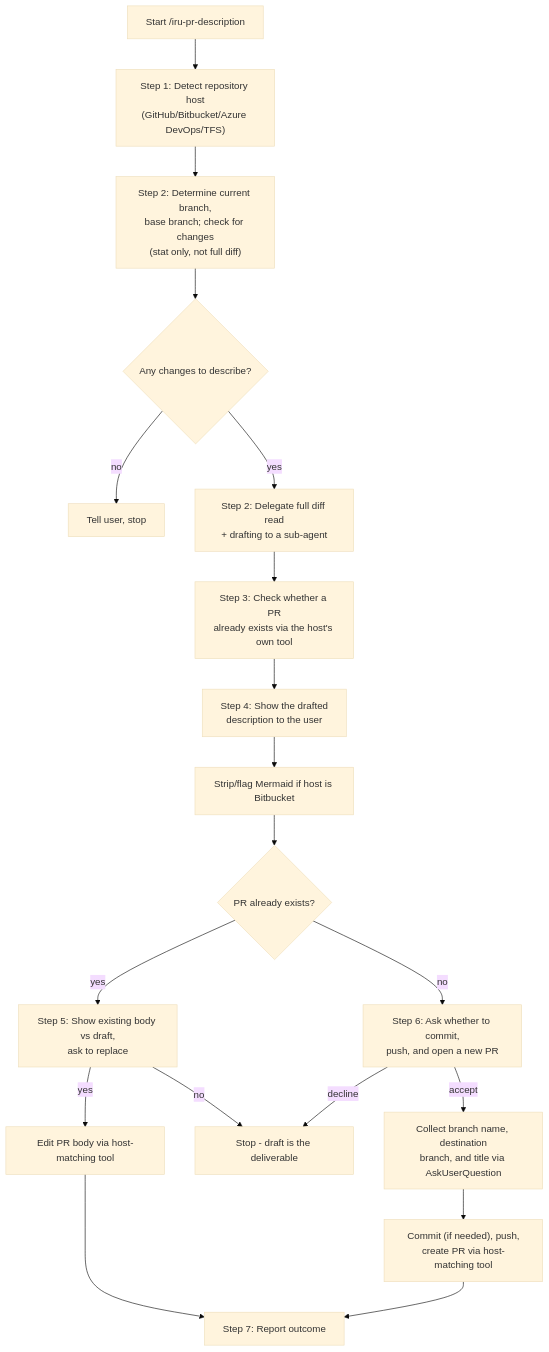
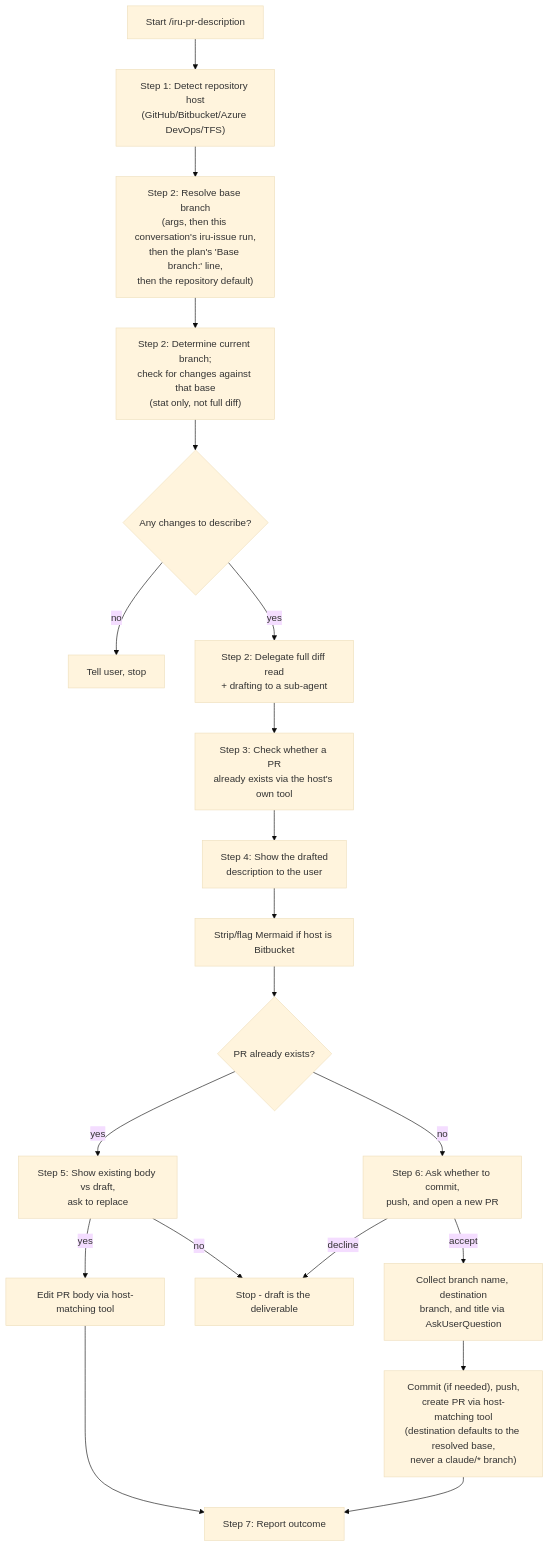
Before and after one commit to albertoirurueta/ai-catalog: the diagram in docs/modules/ROOT/pages/skills/iru-pr-description.adoc, drawn with Mermaid (base theme). The commit also changed other lines of this file and 7 other files, not shown here.

First line of the commit message:
Confirm the base branch before branching, and inherit it downstream

```diff
--- a/docs/modules/ROOT/pages/skills/iru-pr-description.adoc
+++ b/docs/modules/ROOT/pages/skills/iru-pr-description.adoc
@@ -67,22 +85,23 @@
 [mermaid]
 ....
 flowchart TD
     A[Start /iru-pr-description] --> B["Step 1: Detect repository host\n(GitHub/Bitbucket/Azure DevOps/TFS)"]
-    B --> C["Step 2: Determine current branch,\nbase branch; check for changes\n(stat only, not full diff)"]
+    B --> B2["Step 2: Resolve base branch\n(args, then this conversation's iru-issue run,\nthen the plan's 'Base branch:' line,\nthen the repository default)"]
+    B2 --> C["Step 2: Determine current branch;\ncheck for changes against that base\n(stat only, not full diff)"]
     C --> D{Any changes to describe?}
     D -- no --> Z[Tell user, stop]
     D -- yes --> C2["Step 2: Delegate full diff read\n+ drafting to a sub-agent"]
     C2 --> E["Step 3: Check whether a PR\nalready exists via the host's own tool"]
     E --> F["Step 4: Show the drafted\ndescription to the user"]
     F --> G[Strip/flag Mermaid if host is Bitbucket]
     G --> H{PR already exists?}
     H -- yes --> I["Step 5: Show existing body vs draft,\nask to replace"]
     I -- yes --> J["Edit PR body via host-matching tool"]
     I -- no --> Y[Stop - draft is the deliverable]
     H -- no --> K["Step 6: Ask whether to commit,\npush, and open a new PR"]
     K -- decline --> Y
     K -- accept --> L["Collect branch name, destination\nbranch, and title via AskUserQuestion"]
-    L --> M["Commit (if needed), push,\ncreate PR via host-matching tool"]
+    L --> M["Commit (if needed), push,\ncreate PR via host-matching tool\n(destination defaults to the resolved base,\nnever a claude/* branch)"]
     J --> N["Step 7: Report outcome"]
     M --> N
 ....
```
